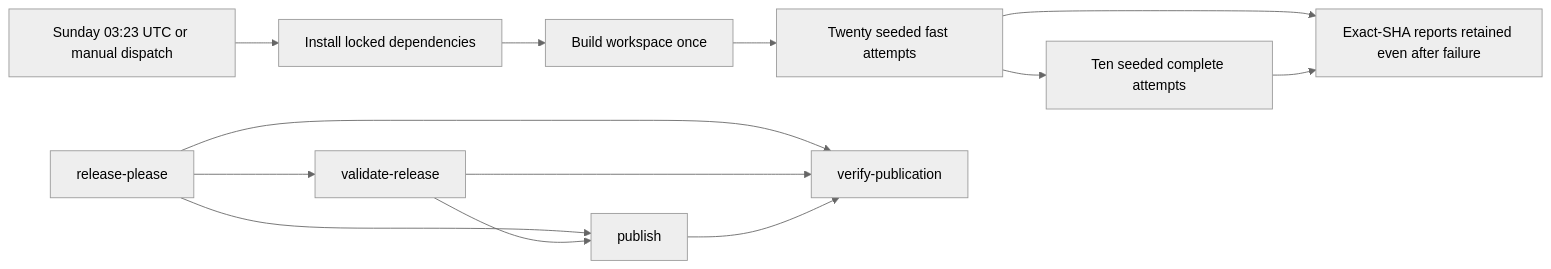
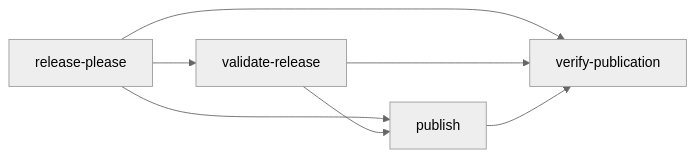
Before and after one commit to voidcorp-core/void-machine: the third of 4 diagrams in docs/CI-CHAIN.md, drawn with Mermaid (neutral theme). The commit also changed other lines of this file and 27 other files, not shown here.

````diff
--- a/docs/CI-CHAIN.md
+++ b/docs/CI-CHAIN.md
@@ -118,15 +118,9 @@
 ```mermaid
 flowchart LR
-  Schedule[Sunday 03:23 UTC or manual dispatch] --> Install[Install locked dependencies]
-  Install --> Build[Build workspace once]
-  Build --> Fast[Twenty seeded fast attempts]
-  Fast --> Complete[Ten seeded complete attempts]
-  Fast --> Reports
-  Complete --> Reports[Exact-SHA reports retained even after failure]
   RP[release-please] --> VR[validate-release]
   RP --> P[publish]
   VR --> P
   RP --> VP[verify-publication]
   VR --> VP
   P --> VP
 ```
````
